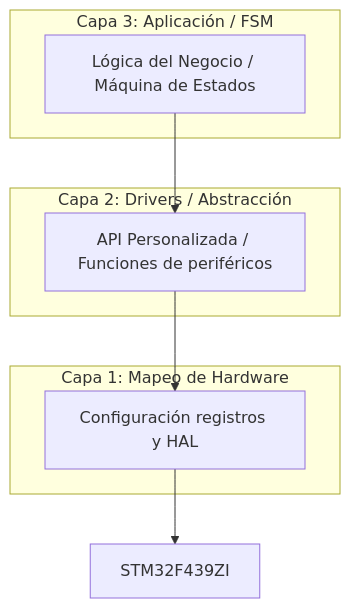
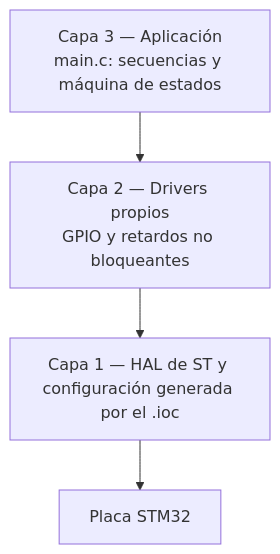
The second of 2 diagrams in README.md (Fedemayol024/Grupo_6_TDII_2026), drawn with Mermaid before and after one commit. The commit also changed other lines of this file and 2358 other files, not shown here.

````diff
--- a/README.md
+++ b/README.md
@@ -21,16 +62,6 @@
 ```mermaid
 graph TD
-    subgraph Capa3 [Capa 3: Aplicación / FSM]
-        A[Lógica del Negocio / Máquina de Estados]
-    end
-    subgraph Capa2 [Capa 2: Drivers / Abstracción]
-        B[API Personalizada / Funciones de periféricos]
-    end
-    subgraph Capa1 [Capa 1: Mapeo de Hardware]
-        C[Configuración registros y HAL]
-    end
-    
-    A --> B
-    B --> C
-    C --> Hardware[STM32F439ZI]
+    A["Capa 3 — Aplicación<br/>main.c: secuencias y máquina de estados"] --> B["Capa 2 — Drivers propios<br/>GPIO y retardos no bloqueantes"]
+    B --> C["Capa 1 — HAL de ST y configuración generada por el .ioc"]
+    C --> D["Placa STM32"]
 ```
````
